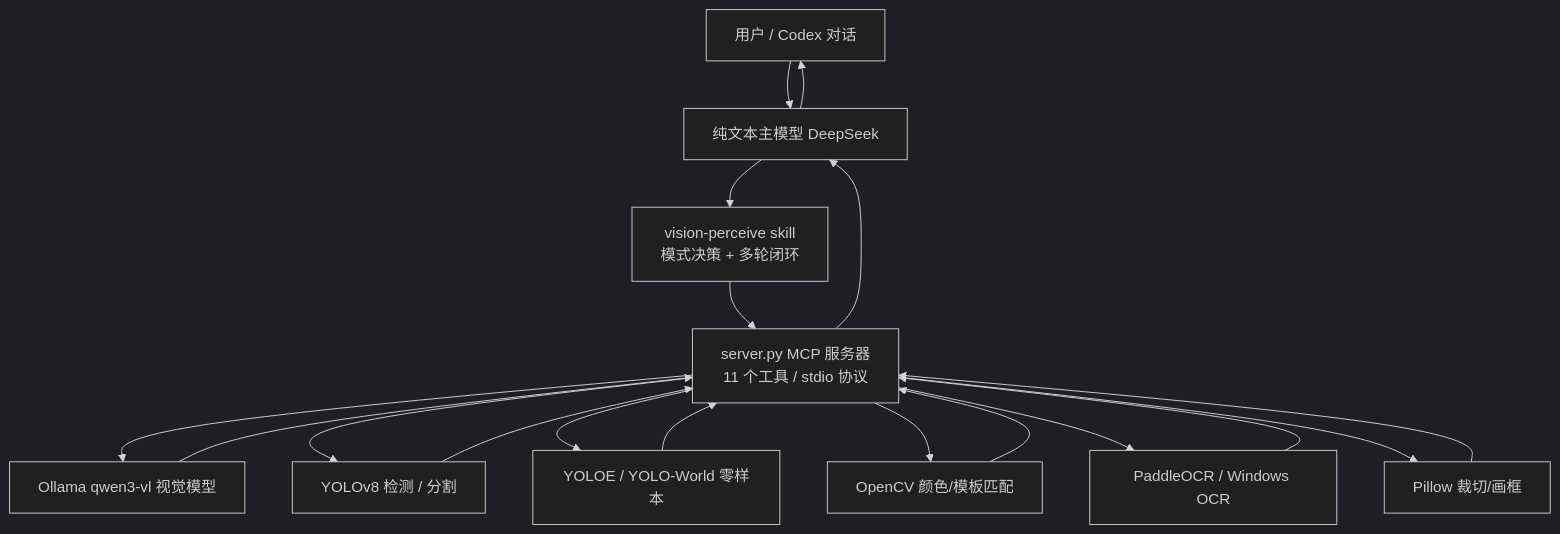
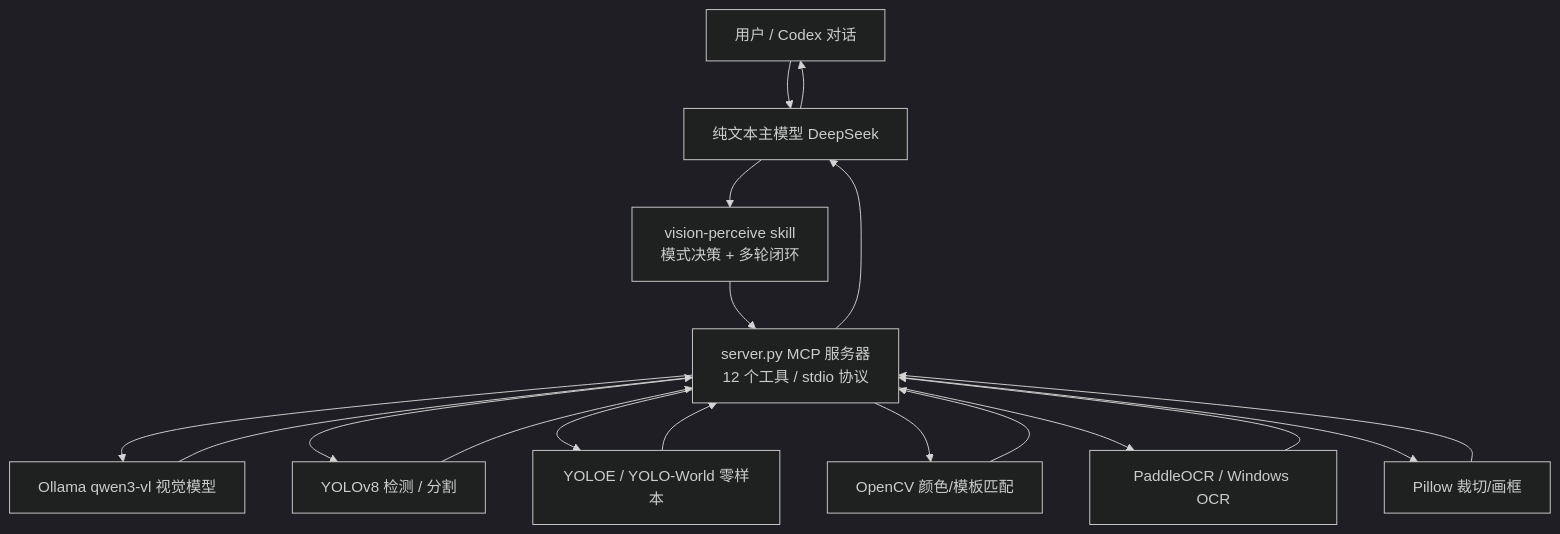
One commit to Yuhang-uestc/deepvision-local-mcp changed the diagram in docs/架构说明.md. Above: the diagram before and after it, drawn with Mermaid (dark theme). The commit also changed other lines of this file and 8 other files, not shown here.

First line of the commit message:
feat(v2.3.0): 多图支持——analyze_image 逐张分析 + compare_images 拼图对比

````diff
--- a/docs/架构说明.md
+++ b/docs/架构说明.md
@@ -15,15 +15,15 @@
 ```mermaid
 flowchart TB
     U[用户 / Codex 对话] --> M[纯文本主模型 DeepSeek]
     M --> S[vision-perceive skill<br/>模式决策 + 多轮闭环]
-    S --> P[server.py MCP 服务器<br/>11 个工具 / stdio 协议]
+    S --> P[server.py MCP 服务器<br/>12 个工具 / stdio 协议]
     P --> O[Ollama qwen3-vl 视觉模型]
     P --> Y[YOLOv8 检测 / 分割]
     P --> Z[YOLOE / YOLO-World 零样本]
     P --> C[OpenCV 颜色/模板匹配]
     P --> R[PaddleOCR / Windows OCR]
     P --> I[Pillow 裁切/画框]
     O & Y & Z & C & R & I --> P
     P --> M
     M --> U
 ```
````
